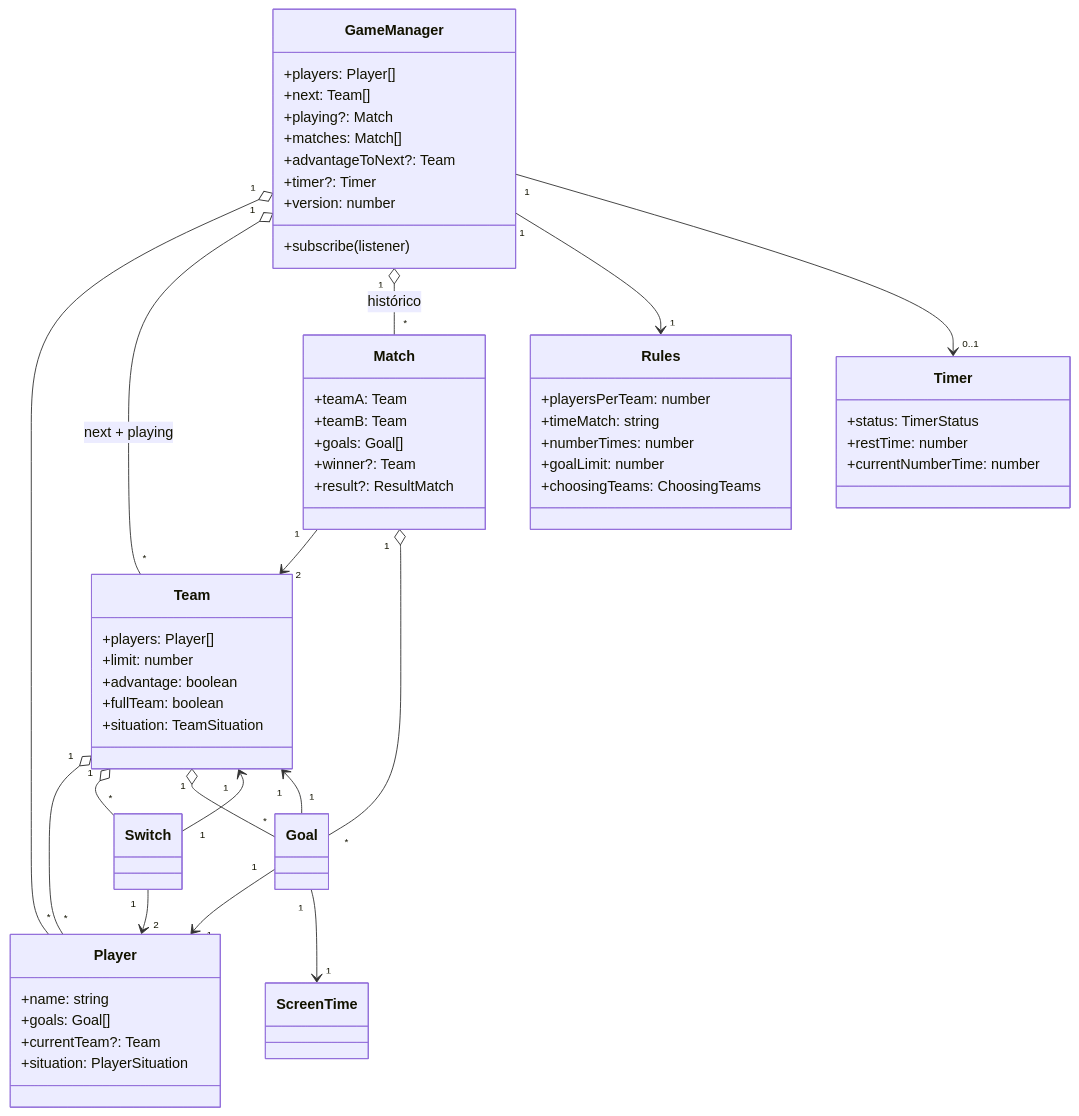
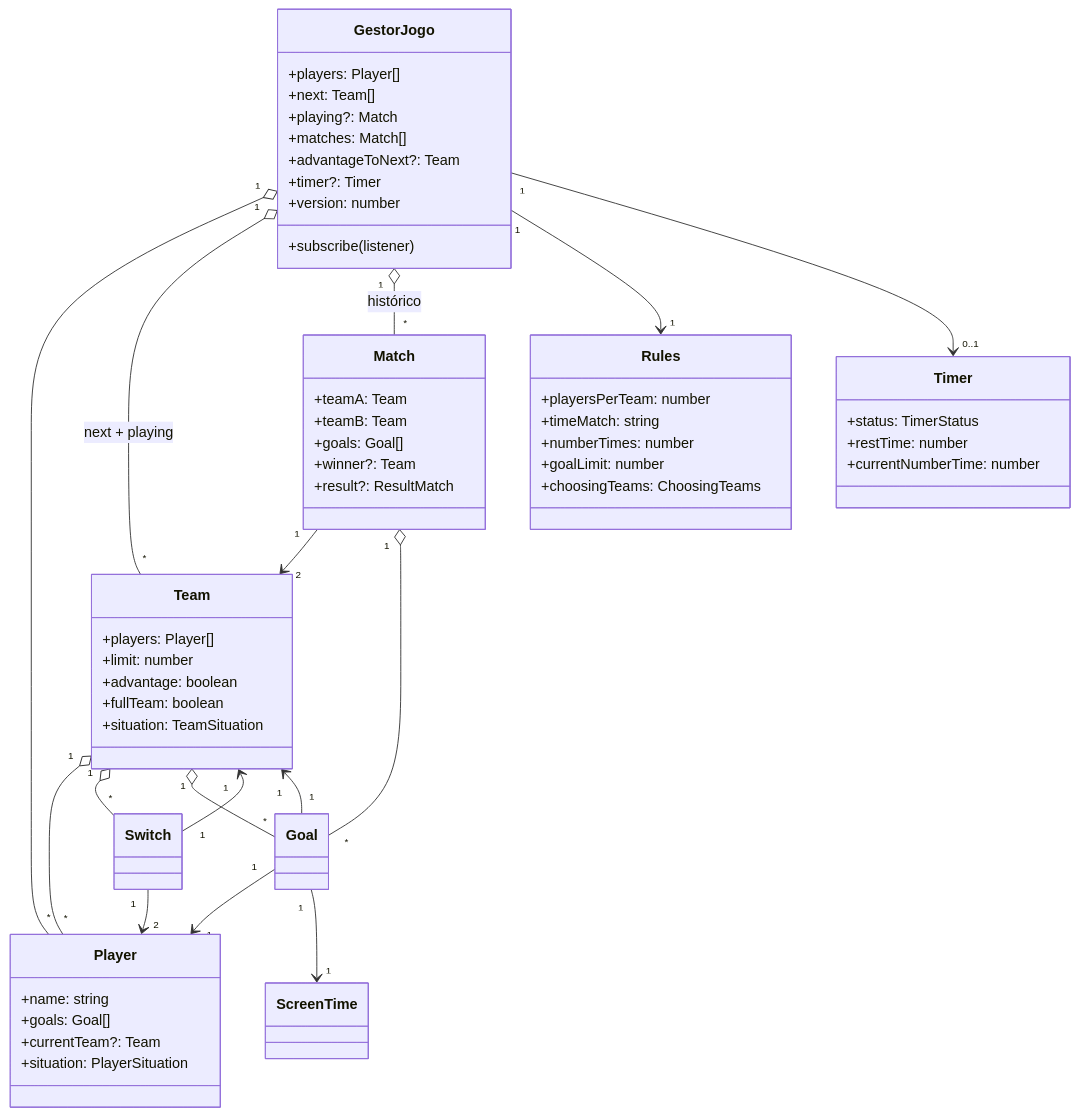
Before and after one commit to Paulo-Marcos/Futelista: the diagram in docs/desenvolvedor/dominio.md, drawn with Mermaid. The commit also changed other lines of this file and 65 other files, not shown here.

First line of the commit message:
refactor(domain): GameManager → GestorJogo (classe, arquivo, imports e docs)

````diff
--- a/docs/desenvolvedor/dominio.md
+++ b/docs/desenvolvedor/dominio.md
@@ -11,61 +11,61 @@
 ```mermaid
 classDiagram
-  GameManager "1" o-- "*" Player
-  GameManager "1" o-- "*" Team : next + playing
-  GameManager "1" o-- "*" Match : histórico
-  GameManager "1" --> "1" Rules
-  GameManager "1" --> "0..1" Timer
+  GestorJogo "1" o-- "*" Player
+  GestorJogo "1" o-- "*" Team : next + playing
+  GestorJogo "1" o-- "*" Match : histórico
+  GestorJogo "1" --> "1" Rules
+  GestorJogo "1" --> "0..1" Timer
   Match "1" --> "2" Team
   Match "1" o-- "*" Goal
   Team "1" o-- "*" Player
   Team "1" o-- "*" Switch
   Team "1" o-- "*" Goal
   Goal "1" --> "1" Player
   Goal "1" --> "1" Team
   Goal "1" --> "1" ScreenTime
   Switch "1" --> "2" Player
   Switch "1" --> "1" Team
 
-  class GameManager{
+  class GestorJogo{
     +players: Player[]
     +next: Team[]
     +playing?: Match
     +matches: Match[]
     +advantageToNext?: Team
     +timer?: Timer
     +version: number
     +subscribe(listener)
   }
   class Rules{
     +playersPerTeam: number
     +timeMatch: string
     +numberTimes: number
     +goalLimit: number
     +choosingTeams: ChoosingTeams
   }
   class Player{
     +name: string
     +goals: Goal[]
     +currentTeam?: Team
     +situation: PlayerSituation
   }
   class Team{
     +players: Player[]
     +limit: number
     +advantage: boolean
     +fullTeam: boolean
     +situation: TeamSituation
   }
   class Match{
     +teamA: Team
     +teamB: Team
     +goals: Goal[]
     +winner?: Team
     +result?: ResultMatch
   }
   class Timer{
     +status: TimerStatus
     +restTime: number
     +currentNumberTime: number
   }
 ```
````
